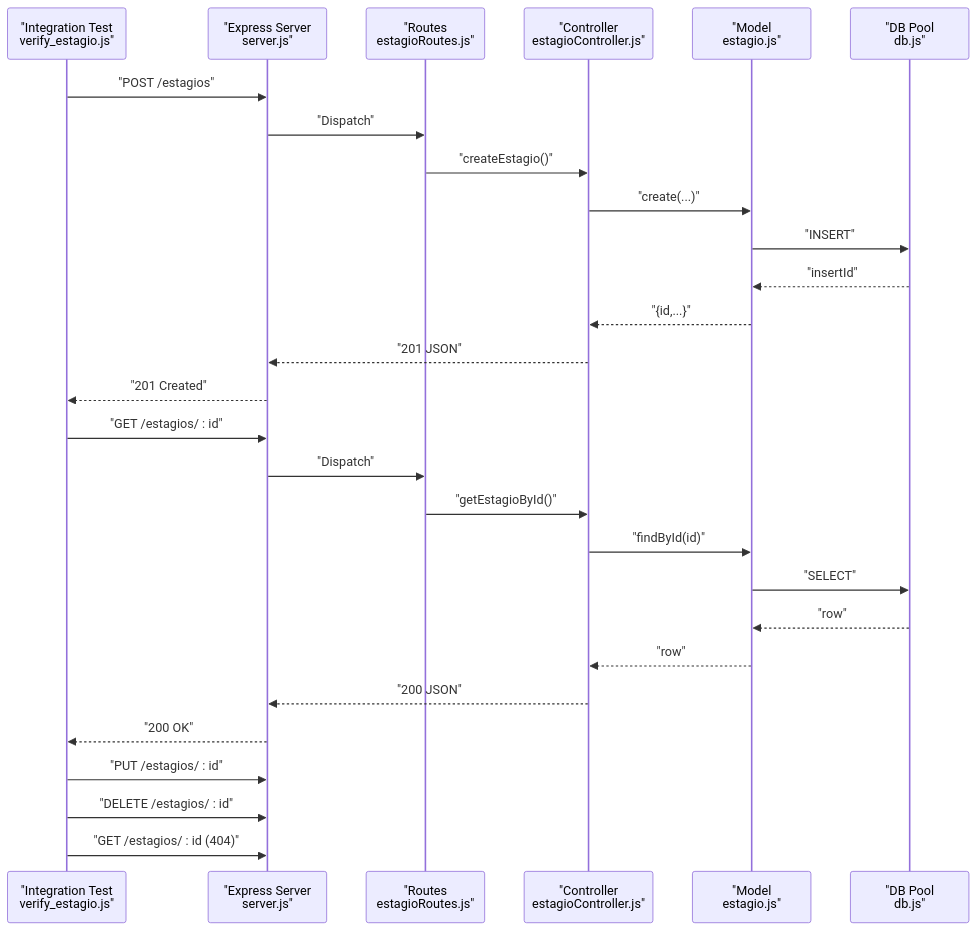
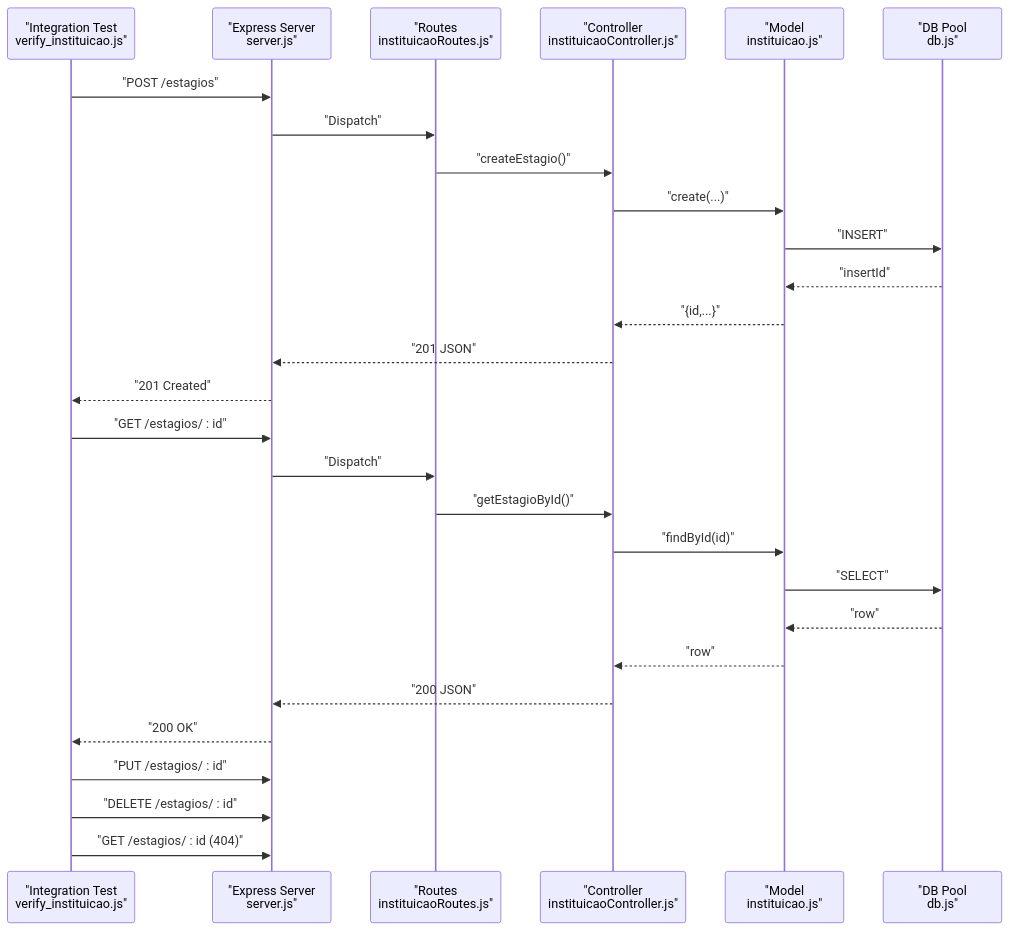
The second of 5 diagrams in .qoder/repowiki/en/content/Testing Strategy.md (luiseduacosta/nodemural), drawn with Mermaid before and after one commit. The commit also changed other lines of this file and 25 other files, not shown here.

````diff
--- a/.qoder/repowiki/en/content/Testing Strategy.md
+++ b/.qoder/repowiki/en/content/Testing Strategy.md
@@ -126,30 +126,30 @@
 ```mermaid
 sequenceDiagram
-participant Test as "Integration Test<br/>verify_estagio.js"
+participant Test as "Integration Test<br/>verify_instituicao.js"
 participant Server as "Express Server<br/>server.js"
-participant Routes as "Routes<br/>estagioRoutes.js"
-participant Ctrl as "Controller<br/>estagioController.js"
-participant Model as "Model<br/>estagio.js"
+participant Routes as "Routes<br/>instituicaoRoutes.js"
+participant Ctrl as "Controller<br/>instituicaoController.js"
+participant Model as "Model<br/>instituicao.js"
 participant Pool as "DB Pool<br/>db.js"
 Test->>Server : "POST /estagios"
 Server->>Routes : "Dispatch"
 Routes->>Ctrl : "createEstagio()"
 Ctrl->>Model : "create(...)"
 Model->>Pool : "INSERT"
 Pool-->>Model : "insertId"
 Model-->>Ctrl : "{id,...}"
 Ctrl-->>Server : "201 JSON"
 Server-->>Test : "201 Created"
 Test->>Server : "GET /estagios/ : id"
 Server->>Routes : "Dispatch"
 Routes->>Ctrl : "getEstagioById()"
 Ctrl->>Model : "findById(id)"
 Model->>Pool : "SELECT"
 Pool-->>Model : "row"
 Model-->>Ctrl : "row"
 Ctrl-->>Server : "200 JSON"
 Server-->>Test : "200 OK"
 Test->>Server : "PUT /estagios/ : id"
 Test->>Server : "DELETE /estagios/ : id"
 Test->>Server : "GET /estagios/ : id (404)"
 ```
````
